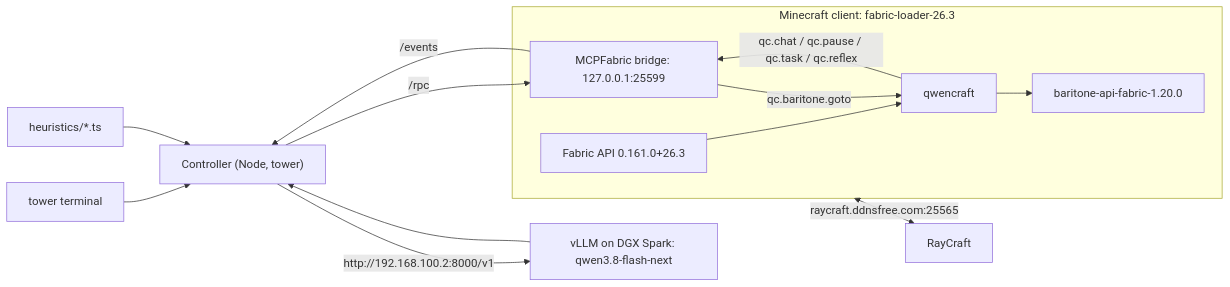
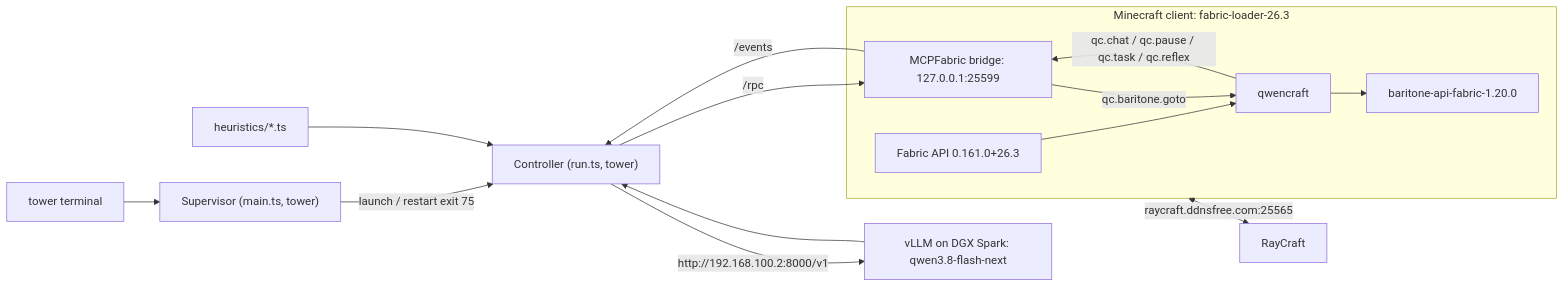
Before and after one commit to jaredlyon/qwencraft: the first of 2 diagrams in docs/10-architecture.md, drawn with Mermaid. The commit also changed other lines of this file and 23 other files, not shown here.

First line of the commit message:
Legit per-ore mining, no idle waits, creeper flee reflex, controller restart

````diff
--- a/docs/10-architecture.md
+++ b/docs/10-architecture.md
@@ -36,20 +38,21 @@
 ```mermaid
 flowchart LR
-    T["tower terminal"] --> C["Controller (Node, tower)"]
+    T["tower terminal"] --> S["Supervisor (main.ts, tower)"]
+    S -->|"launch / restart exit 75"| C["Controller (run.ts, tower)"]
     H["heuristics/*.ts"] --> C
     C -->|"http://192.168.100.2:8000/v1"| V["vLLM on DGX Spark: qwen3.8-flash-next"]
     V --> C
     subgraph M["Minecraft client: fabric-loader-26.3"]
         F["Fabric API 0.161.0+26.3"]
         B["MCPFabric bridge: 127.0.0.1:25599"]
         Q["qwencraft"]
         N["baritone-api-fabric-1.20.0"]
         F --> Q
         B -->|"qc.baritone.goto"| Q
         Q --> N
         Q -->|"qc.chat / qc.pause / qc.task / qc.reflex"| B
     end
     C -->|"/rpc"| B
     B -->|"/events"| C
     M <-->|"raycraft.ddnsfree.com:25565"| R["RayCraft"]
 ```
````
